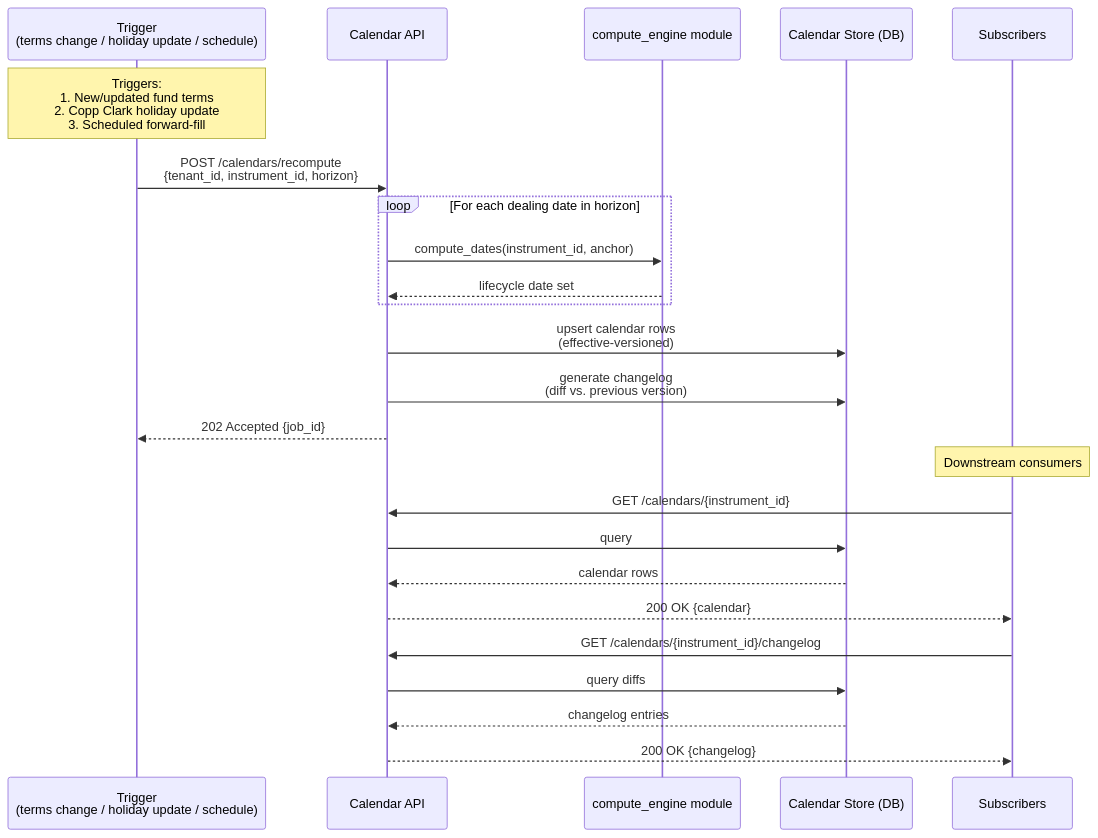
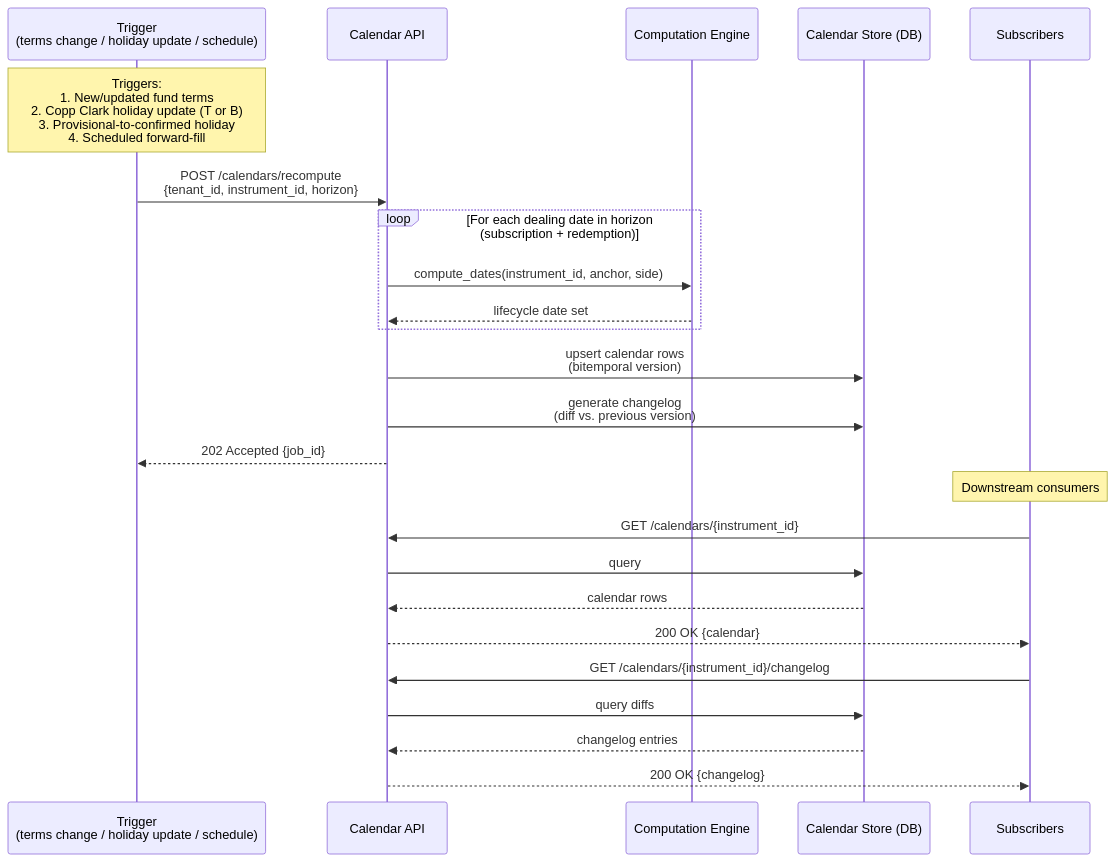
The third of 5 diagrams in lcs-main/docs/architecture.md (Ashu290905/OSYTE), drawn with Mermaid before and after one commit. The commit also changed other lines of this file and 3 other files, not shown here.

````diff
--- a/lcs-main/docs/architecture.md
+++ b/lcs-main/docs/architecture.md
@@ -177,35 +193,33 @@
 ```mermaid
 sequenceDiagram
     participant Trigger as Trigger<br/>(terms change / holiday update / schedule)
     participant CalAPI as Calendar API
-    participant CE as compute_engine module
+    participant CE as Computation Engine
     participant Store as Calendar Store (DB)
     participant Sub as Subscribers
 
-    Note over Trigger: Triggers:<br/>1. New/updated fund terms<br/>2. Copp Clark holiday update<br/>3. Scheduled forward-fill
+    Note over Trigger: Triggers:<br/>1. New/updated fund terms<br/>2. Copp Clark holiday update (T or B)<br/>3. Provisional-to-confirmed holiday<br/>4. Scheduled forward-fill
 
     Trigger->>CalAPI: POST /calendars/recompute<br/>{tenant_id, instrument_id, horizon}
 
-    loop For each dealing date in horizon
-        CalAPI->>CE: compute_dates(instrument_id, anchor)
+    loop For each dealing date in horizon<br/>(subscription + redemption)
+        CalAPI->>CE: compute_dates(instrument_id, anchor, side)
         CE-->>CalAPI: lifecycle date set
     end
 
-    CalAPI->>Store: upsert calendar rows<br/>(effective-versioned)
-
+    CalAPI->>Store: upsert calendar rows<br/>(bitemporal version)
     CalAPI->>Store: generate changelog<br/>(diff vs. previous version)
-
     CalAPI-->>Trigger: 202 Accepted {job_id}
 
     Note over Sub: Downstream consumers
 
     Sub->>CalAPI: GET /calendars/{instrument_id}
     CalAPI->>Store: query
     Store-->>CalAPI: calendar rows
     CalAPI-->>Sub: 200 OK {calendar}
 
     Sub->>CalAPI: GET /calendars/{instrument_id}/changelog
     CalAPI->>Store: query diffs
     Store-->>CalAPI: changelog entries
     CalAPI-->>Sub: 200 OK {changelog}
 ```
````
